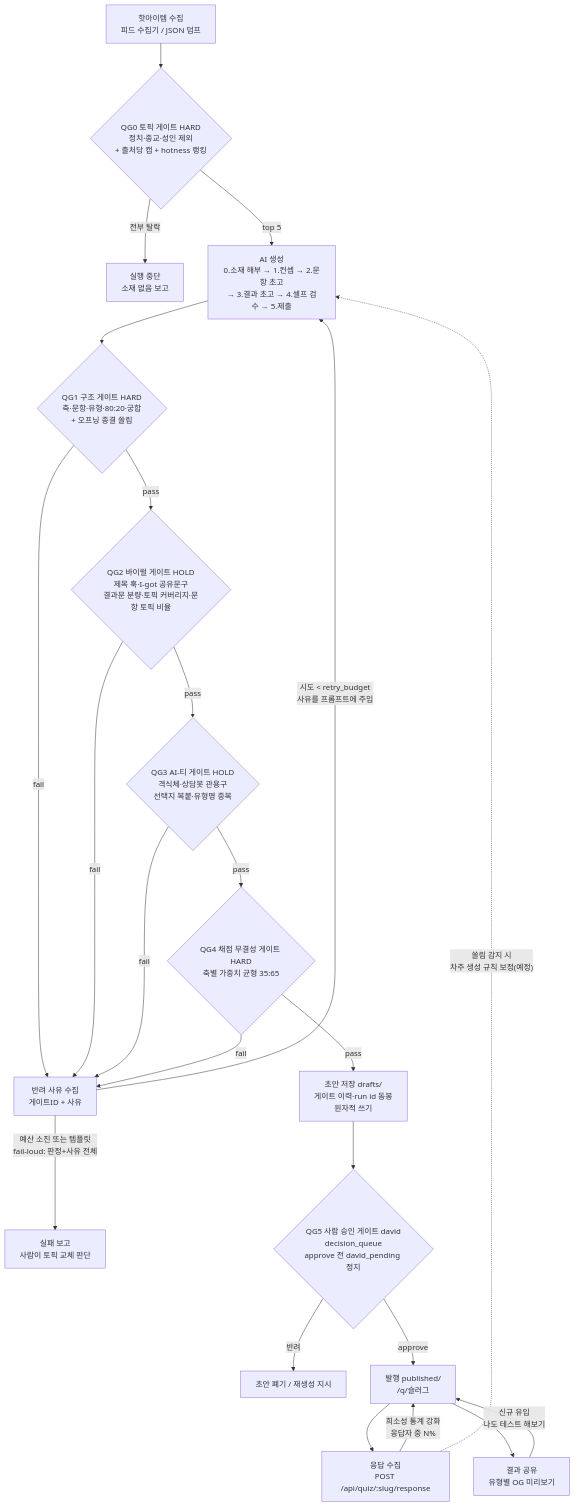
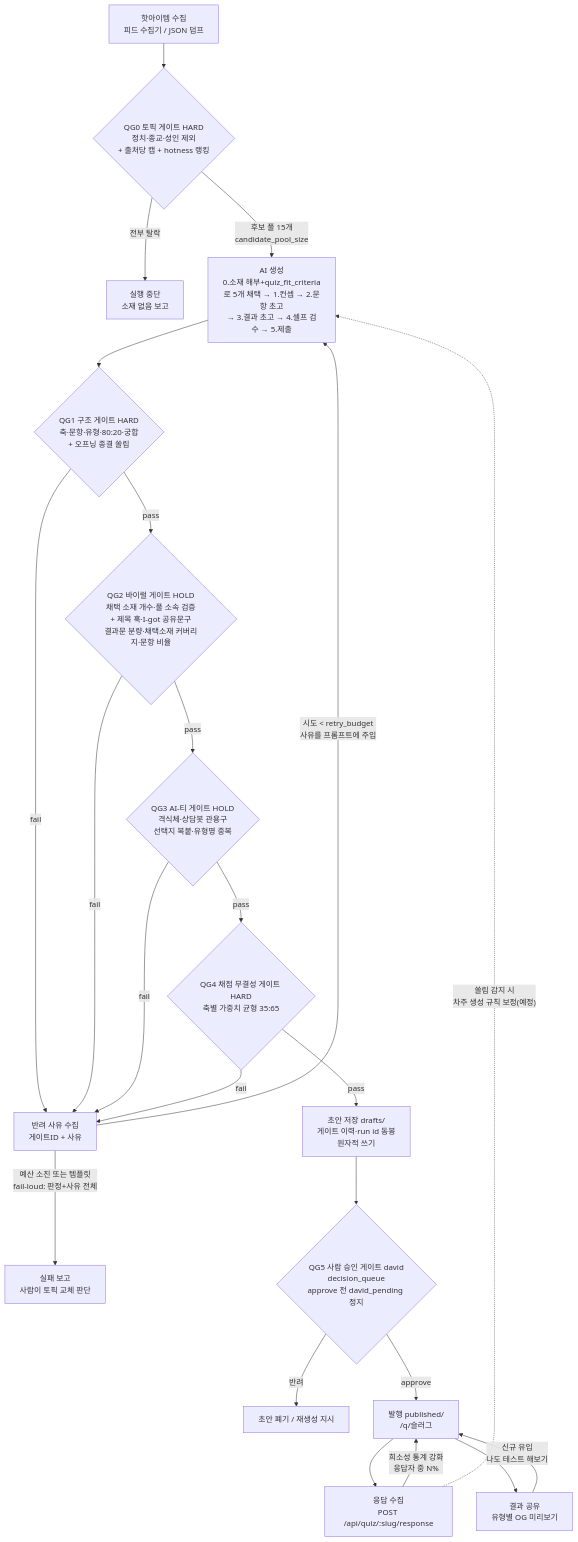
The diagram in docs/quiz-loopgate.md (comeva2kr/ai-command-bus), drawn with Mermaid before and after one commit. The commit also changed other lines of this file and 11 other files, not shown here.

````diff
--- a/docs/quiz-loopgate.md
+++ b/docs/quiz-loopgate.md
@@ -53,29 +63,29 @@
 ```mermaid
 flowchart TD
     A[핫아이템 수집<br/>피드 수집기 / JSON 덤프] --> G0{QG0 토픽 게이트 HARD<br/>정치·종교·성인 제외<br/>+ 출처당 캡 + hotness 랭킹}
     G0 -- 전부 탈락 --> X0[실행 중단<br/>소재 없음 보고]
-    G0 -- top 5 --> GEN[AI 생성<br/>0.소재 해부 → 1.컨셉 → 2.문항 초고<br/>→ 3.결과 초고 → 4.셀프 검수 → 5.제출]
+    G0 -- 후보 풀 15개<br/>candidate_pool_size --> GEN[AI 생성<br/>0.소재 해부+quiz_fit_criteria로 5개 채택 → 1.컨셉 → 2.문항 초고<br/>→ 3.결과 초고 → 4.셀프 검수 → 5.제출]
 
     GEN --> G1{QG1 구조 게이트 HARD<br/>축·문항·유형·80:20·궁합<br/>+ 오프닝 종결 쏠림}
     G1 -- fail --> FB[반려 사유 수집<br/>게이트ID + 사유]
-    G1 -- pass --> G2{QG2 바이럴 게이트 HOLD<br/>제목 훅·I-got 공유문구<br/>결과문 분량·토픽 커버리지·문항 토픽 비율}
+    G1 -- pass --> G2{QG2 바이럴 게이트 HOLD<br/>채택 소재 개수·풀 소속 검증<br/>+ 제목 훅·I-got 공유문구<br/>결과문 분량·채택소재 커버리지·문항 비율}
     G2 -- fail --> FB
     G2 -- pass --> G3{QG3 AI-티 게이트 HOLD<br/>격식체·상담봇 관용구<br/>선택지 복붙·유형명 중복}
     G3 -- fail --> FB
     G3 -- pass --> G4{QG4 채점 무결성 게이트 HARD<br/>축별 가중치 균형 35:65}
     G4 -- fail --> FB
     G4 -- pass --> DRAFT[초안 저장 drafts/<br/>게이트 이력·run id 동봉<br/>원자적 쓰기]
 
     FB -- "시도 < retry_budget<br/>사유를 프롬프트에 주입" --> GEN
     FB -- "예산 소진 또는 템플릿<br/>fail-loud: 판정+사유 전체" --> X1[실패 보고<br/>사람이 토픽 교체 판단]
 
     DRAFT --> G5{QG5 사람 승인 게이트 david<br/>decision_queue<br/>approve 전 david_pending 정지}
     G5 -- 반려 --> X2[초안 폐기 / 재생성 지시]
     G5 -- approve --> PUB[발행 published/<br/>/q/슬러그]
 
     PUB --> RESP[응답 수집<br/>POST /api/quiz/:slug/response]
     RESP -- "희소성 통계 강화<br/>응답자 중 N%" --> PUB
     PUB --> SHARE[결과 공유<br/>유형별 OG 미리보기]
     SHARE -- "신규 유입<br/>나도 테스트 해보기" --> PUB
     RESP -. "쏠림 감지 시<br/>차주 생성 규칙 보정(예정)" .-> GEN
 ```
````
